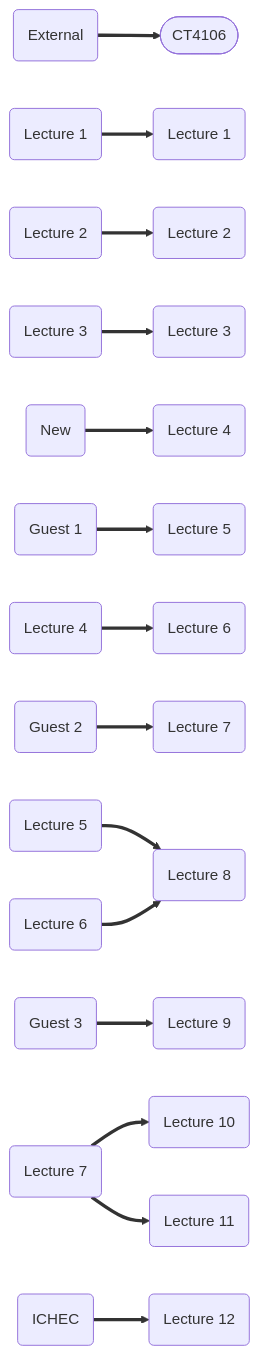
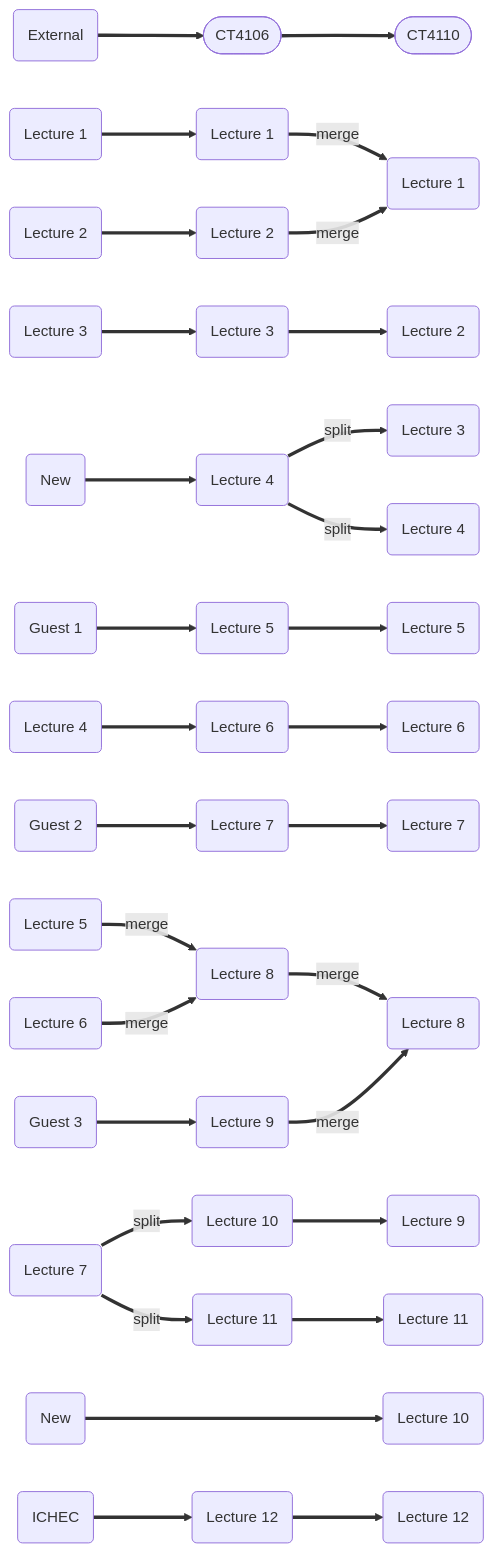
Before and after one commit to ICHEC/qpcc: the diagram in _sources/README.md, drawn with Mermaid. The commit also changed other lines of this file and 47 other files, not shown here.

````diff
--- a/_sources/README.md
+++ b/_sources/README.md
@@ -6,15 +9,18 @@
 ```mermaid
 graph LR
-Old("External") ==> New(["CT4106"])
-1o(Lecture 1) ==> 1n(Lecture 1)
-2o(Lecture 2) ==> 2n(Lecture 2) 
-3o(Lecture 3) ==> 3n(Lecture 3)
-new1("New") ==> 4n(Lecture 4)
-new2("Guest 1") ==> 5n(Lecture 5)
-4o(Lecture 4) ==> 6n(Lecture 6)
-new3("Guest 2") ==> 7n(Lecture 7)
-5o(Lecture 5) & 6o(Lecture 6) ==> 8n(Lecture 8)
-new4("Guest 3") ==> 9n(Lecture 9)
-7o(Lecture 7) ==> 10n(Lecture 10) & 11n(Lecture 11)
-new5("ICHEC") ==> 12n(Lecture 12)
+Old("External") ==> New(["CT4106"]) ==> New1(["CT4110"])
+1o(Lecture 1) ==> 1n(Lecture 1) ==merge==> l1(Lecture 1)
+2o(Lecture 2) ==> 2n(Lecture 2) ==merge==> l1(Lecture 1)
+3o(Lecture 3) ==> 3n(Lecture 3) ==> l2(Lecture 2)
+new1("New") ==> 4n(Lecture 4) ==split==> l3(Lecture 3) & l4(Lecture 4)
+new2("Guest 1") ==> 5n(Lecture 5) ==> l5(Lecture 5)
+4o(Lecture 4) ==> 6n(Lecture 6) ==> l6(Lecture 6)
+new3("Guest 2") ==> 7n(Lecture 7) ==> l7(Lecture 7)
+5o(Lecture 5) & 6o(Lecture 6) ==merge==> 8n(Lecture 8) ==merge==> l8(Lecture 8)
+new4("Guest 3") ==> 9n(Lecture 9) ==merge==> l8
+7o(Lecture 7) ==split==> 10n(Lecture 10) & 11n(Lecture 11)
+10n ==> l9(Lecture 9)
+new5("New") ===> l10(Lecture 10)
+11n ==> l11(Lecture 11)
+new6("ICHEC") ==> 12n(Lecture 12) ==> l12(Lecture 12)
 ```
````
